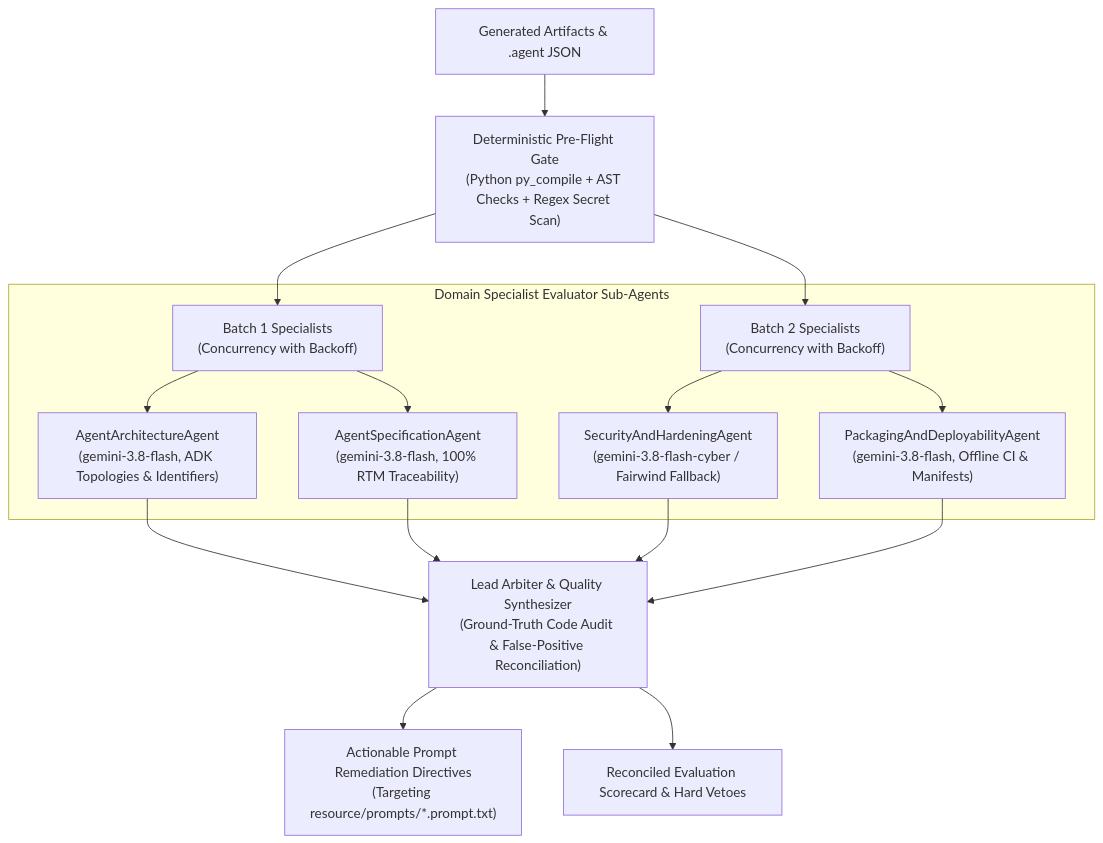
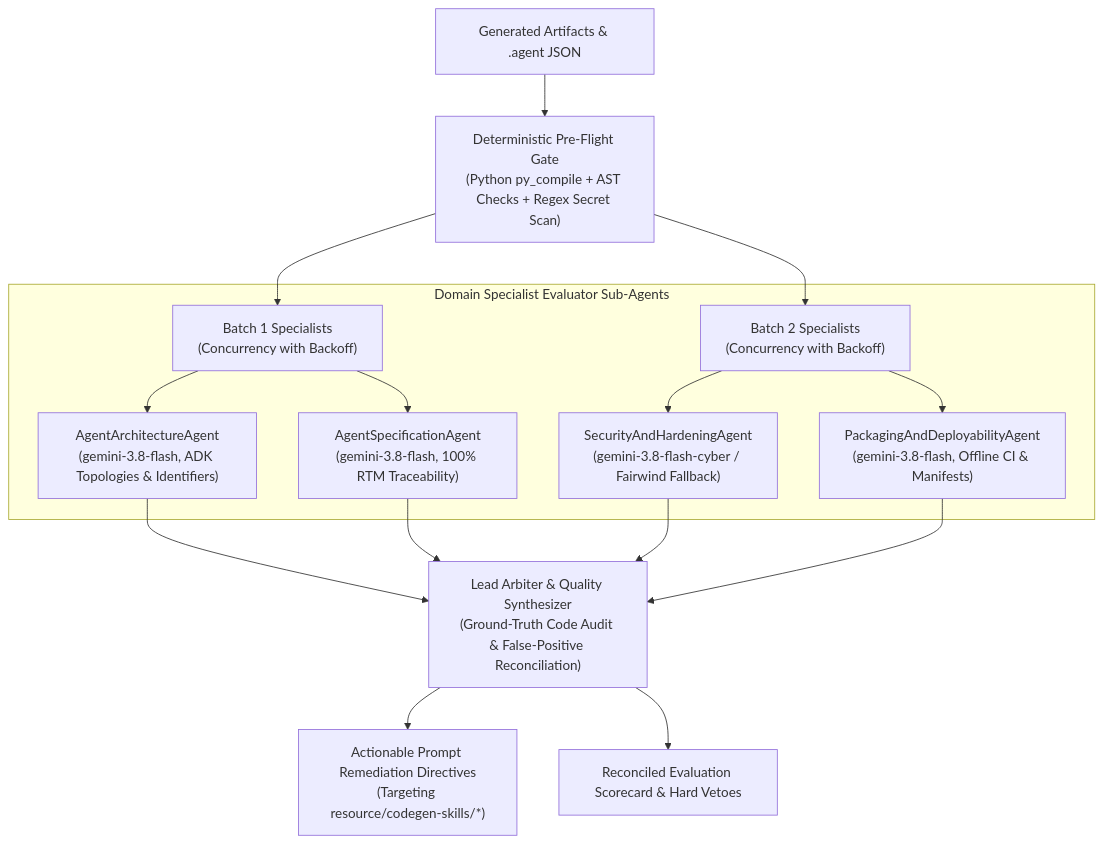
The fourth of 5 diagrams in ARCHITECTURE.md (mnimer/agent-designer-fork), drawn with Mermaid before and after one commit. The commit also changed other lines of this file and 72 other files, not shown here.

First line of the commit message:
feat: assemble the code generation prompt from topic skills; optional reviewer (#53)

````diff
--- a/ARCHITECTURE.md
+++ b/ARCHITECTURE.md
@@ -192,21 +219,21 @@
 ```mermaid
 graph TD
     Payload["Generated Artifacts & .agent JSON"] --> DGate["Deterministic Pre-Flight Gate\n(Python py_compile + AST Checks + Regex Secret Scan)"]
     DGate --> P1["Batch 1 Specialists\n(Concurrency with Backoff)"]
     DGate --> P2["Batch 2 Specialists\n(Concurrency with Backoff)"]
 
     subgraph Specialists ["Domain Specialist Evaluator Sub-Agents"]
         P1 --> ArchAgent["AgentArchitectureAgent\n(gemini-3.8-flash, ADK Topologies & Identifiers)"]
         P1 --> SpecAgent["AgentSpecificationAgent\n(gemini-3.8-flash, 100% RTM Traceability)"]
         P2 --> SecAgent["SecurityAndHardeningAgent\n(gemini-3.8-flash-cyber / Fairwind Fallback)"]
         P2 --> PkgAgent["PackagingAndDeployabilityAgent\n(gemini-3.8-flash, Offline CI & Manifests)"]
     end
 
     ArchAgent --> Arbiter["Lead Arbiter & Quality Synthesizer\n(Ground-Truth Code Audit & False-Positive Reconciliation)"]
     SpecAgent --> Arbiter
     SecAgent --> Arbiter
     PkgAgent --> Arbiter
 
-    Arbiter --> Directives["Actionable Prompt Remediation Directives\n(Targeting resource/prompts/*.prompt.txt)"]
+    Arbiter --> Directives["Actionable Prompt Remediation Directives\n(Targeting resource/codegen-skills/*)"]
     Arbiter --> Scorecard["Reconciled Evaluation Scorecard & Hard Vetoes"]
 ```
````
